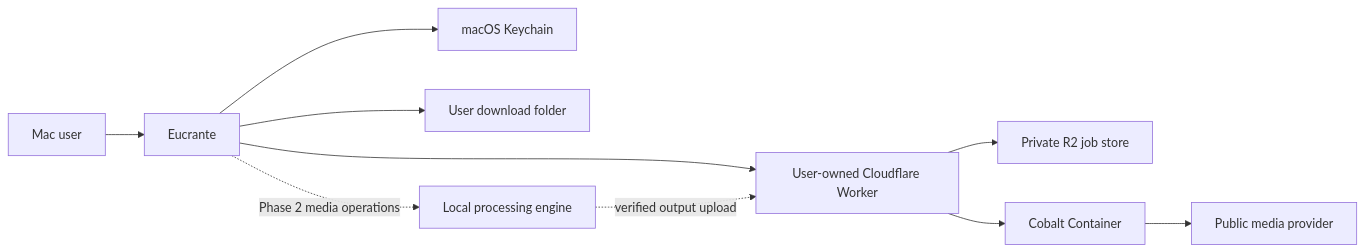
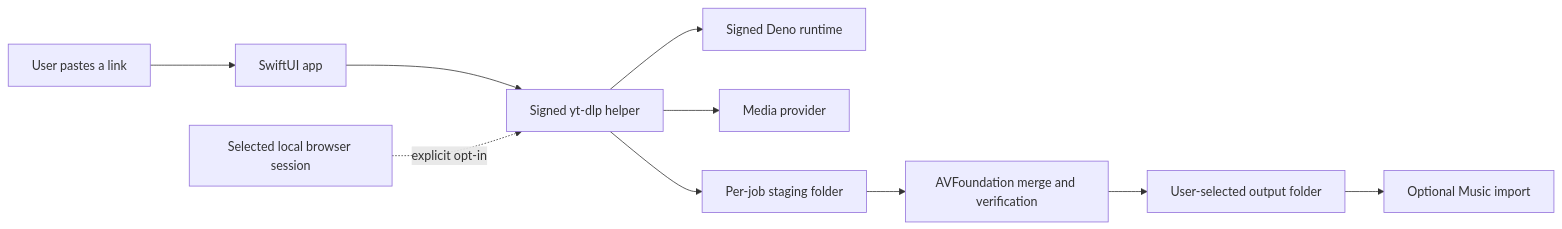
One commit to chai-in/Eucrante changed the diagram in Docs/ARCHITECTURE.md. Above: the diagram before and after it, drawn with Mermaid. The commit also changed other lines of this file and 62 other files, not shown here.

Commit message:
feat: make Eucrante a fully local Mac app

````diff
--- a/Docs/ARCHITECTURE.md
+++ b/Docs/ARCHITECTURE.md
@@ -7,12 +7,12 @@
 ```mermaid
 flowchart LR
-    U["Mac user"] --> A["Eucrante"]
-    A --> K["macOS Keychain"]
-    A --> D["User download folder"]
-    A --> W["User-owned Cloudflare Worker"]
-    W --> R["Private R2 job store"]
-    W --> C["Cobalt Container"]
-    C --> P["Public media provider"]
-    A -. "Phase 2 media operations" .-> L["Local processing engine"]
-    L -. "verified output upload" .-> W
+  U["User pastes a link"] --> A["SwiftUI app"]
+  A --> Y["Signed yt-dlp helper"]
+  Y --> D["Signed Deno runtime"]
+  Y --> P["Media provider"]
+  B["Selected local browser session"] -. "explicit opt-in" .-> Y
+  Y --> S["Per-job staging folder"]
+  S --> V["AVFoundation merge and verification"]
+  V --> O["User-selected output folder"]
+  O --> M["Optional Music import"]
 ```
````
